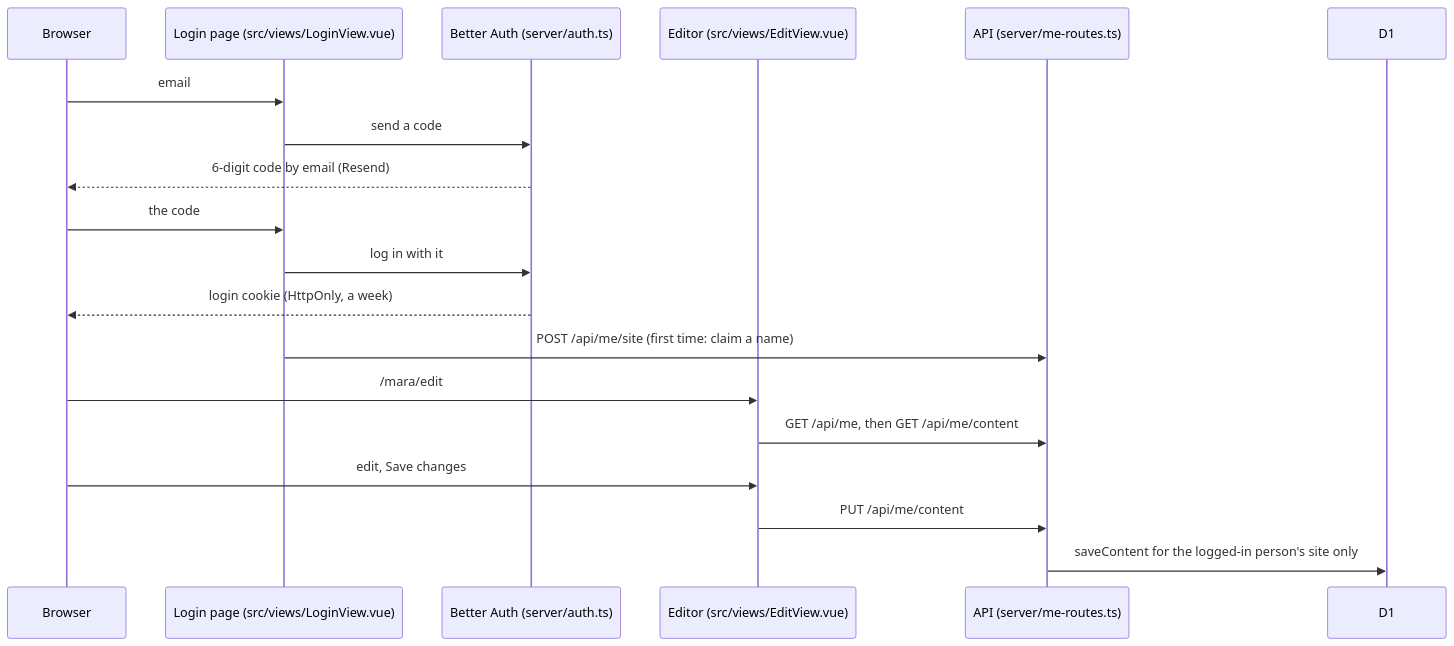
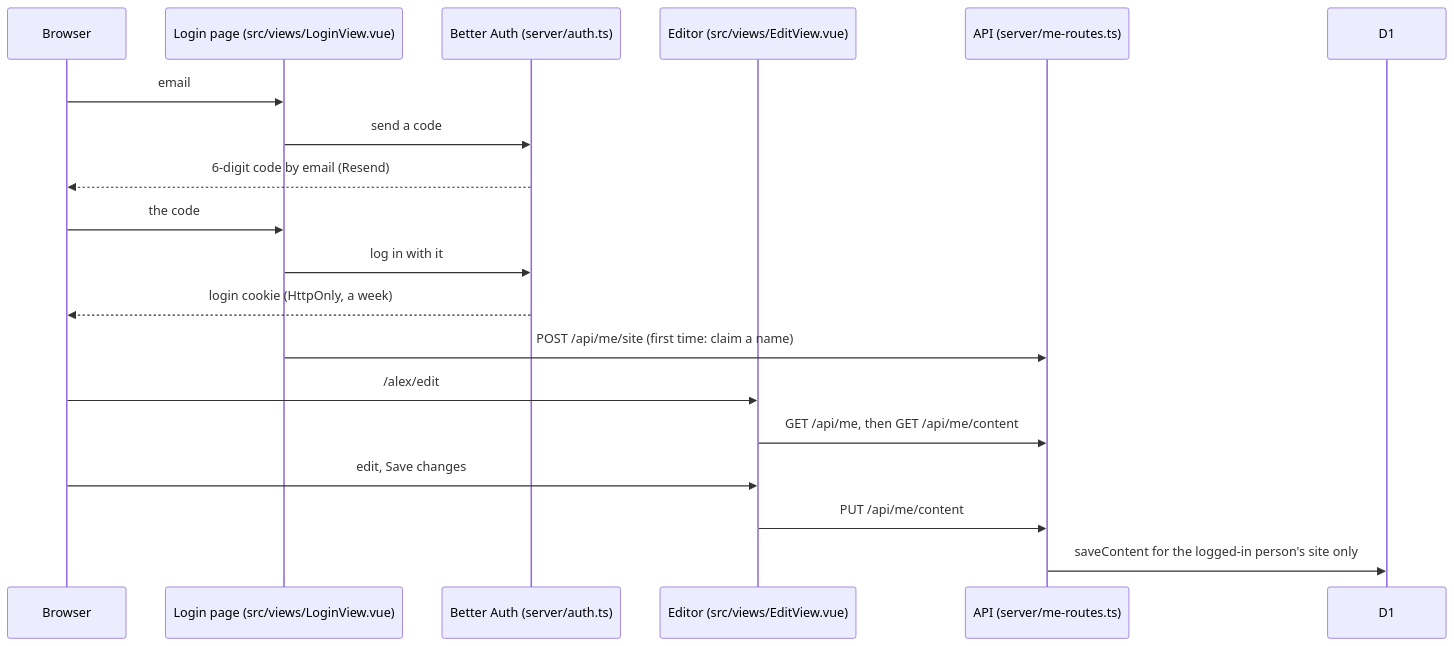
Before and after one commit to NabilRobert/author-website: the third of 3 diagrams in docs/guide.md, drawn with Mermaid. The commit also changed other lines of this file and 69 other files, not shown here.

````diff
--- a/docs/guide.md
+++ b/docs/guide.md
@@ -69,21 +69,21 @@
 ```mermaid
 sequenceDiagram
   participant B as Browser
   participant L as Login page (src/views/LoginView.vue)
   participant A as Better Auth (server/auth.ts)
   participant E as Editor (src/views/EditView.vue)
   participant S as API (server/me-routes.ts)
   participant D as D1
   B->>L: email
   L->>A: send a code
   A-->>B: 6-digit code by email (Resend)
   B->>L: the code
   L->>A: log in with it
   A-->>B: login cookie (HttpOnly, a week)
   L->>S: POST /api/me/site (first time: claim a name)
-  B->>E: /mara/edit
+  B->>E: /alex/edit
   E->>S: GET /api/me, then GET /api/me/content
   B->>E: edit, Save changes
   E->>S: PUT /api/me/content
   S->>D: saveContent for the logged-in person's site only
 ```
````
